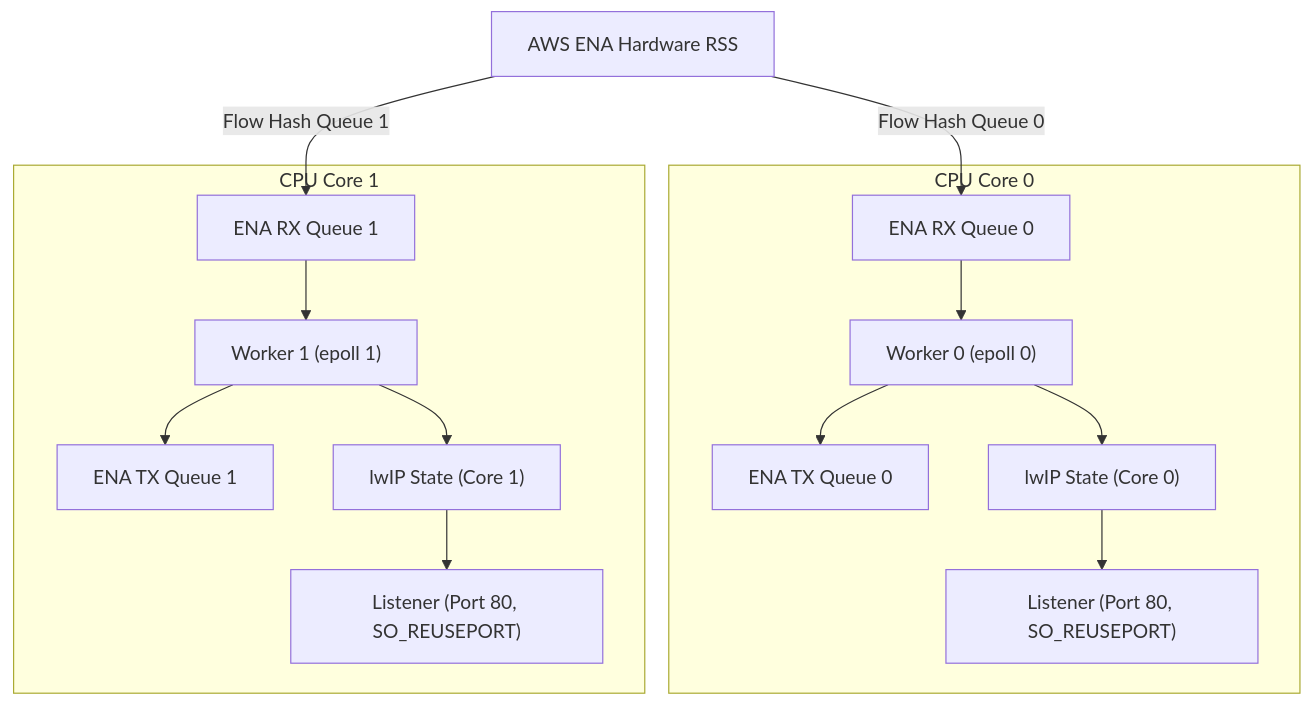
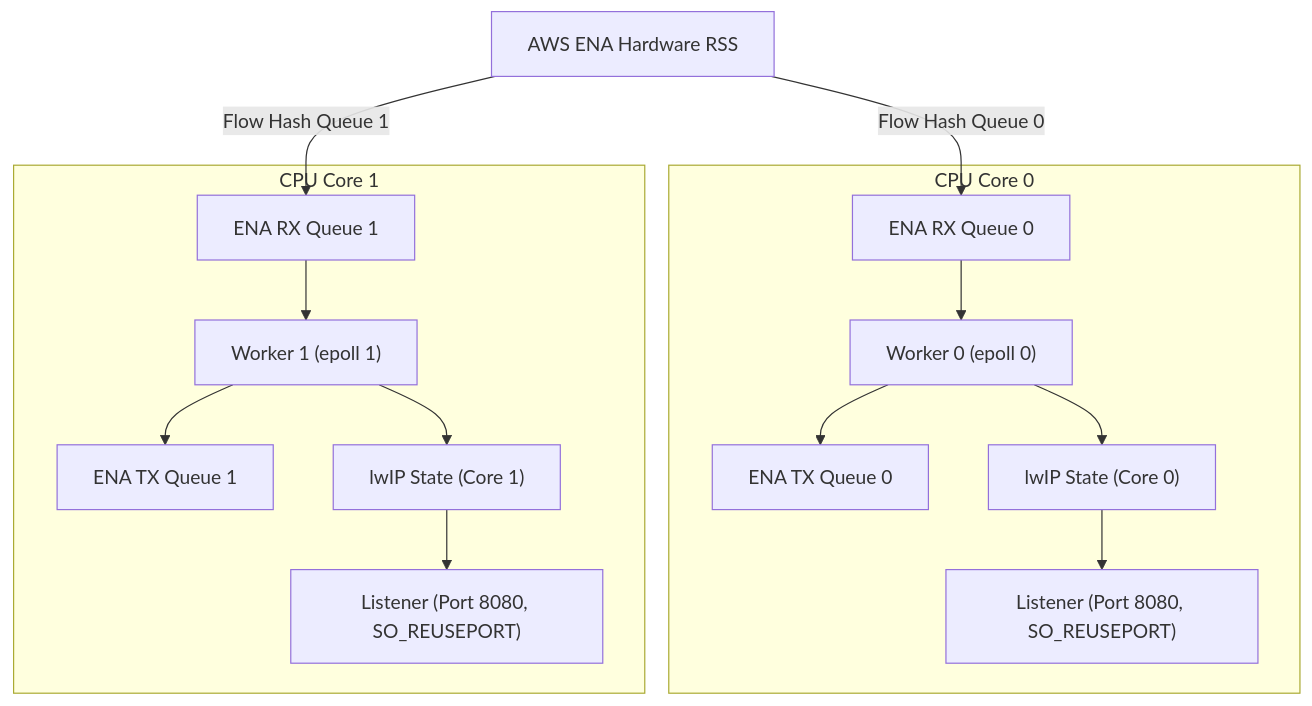
One commit to sibnick/lib-ena changed the diagram in samples/httpreply-mc/README.md. Above: the diagram before and after it, drawn with Mermaid. The commit also changed other lines of this file and 13 other files, not shown here.

First line of the commit message:
fix(samples): use four-digit listen port 8080 for TFB [Ticket 1478df5bd5]

````diff
--- a/samples/httpreply-mc/README.md
+++ b/samples/httpreply-mc/README.md
@@ -19,33 +19,33 @@
 ```mermaid
 graph TD
     NIC["AWS ENA Hardware RSS"]
 
     subgraph Core_0["CPU Core 0"]
         RX0["ENA RX Queue 0"]
         TX0["ENA TX Queue 0"]
         LWIP0["lwIP State (Core 0)"]
-        LISTEN0["Listener (Port 80, SO_REUSEPORT)"]
+        LISTEN0["Listener (Port 8080, SO_REUSEPORT)"]
         WORKER0["Worker 0 (epoll 0)"]
     end
 
     subgraph Core_1["CPU Core 1"]
         RX1["ENA RX Queue 1"]
         TX1["ENA TX Queue 1"]
         LWIP1["lwIP State (Core 1)"]
-        LISTEN1["Listener (Port 80, SO_REUSEPORT)"]
+        LISTEN1["Listener (Port 8080, SO_REUSEPORT)"]
         WORKER1["Worker 1 (epoll 1)"]
     end
 
     NIC -->|Flow Hash Queue 0| RX0
     NIC -->|Flow Hash Queue 1| RX1
 
     RX0 --> WORKER0
     WORKER0 --> LWIP0
     LWIP0 --> LISTEN0
     WORKER0 --> TX0
 
     RX1 --> WORKER1
     WORKER1 --> LWIP1
     LWIP1 --> LISTEN1
     WORKER1 --> TX1
 ```
````
